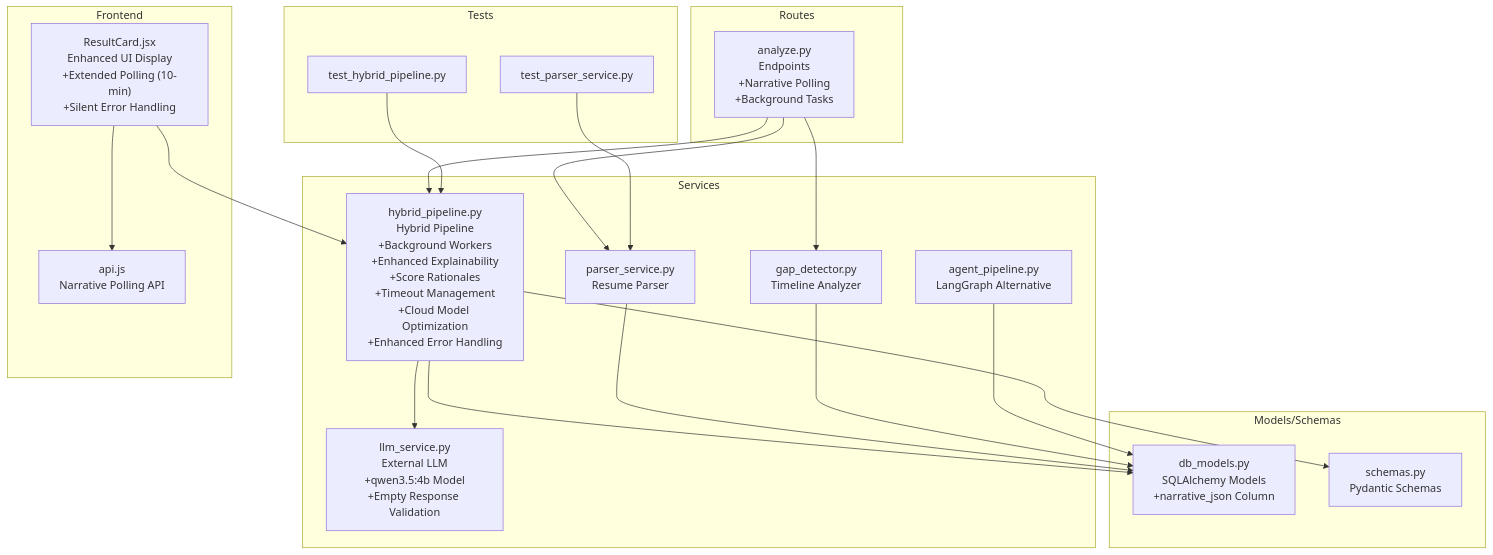
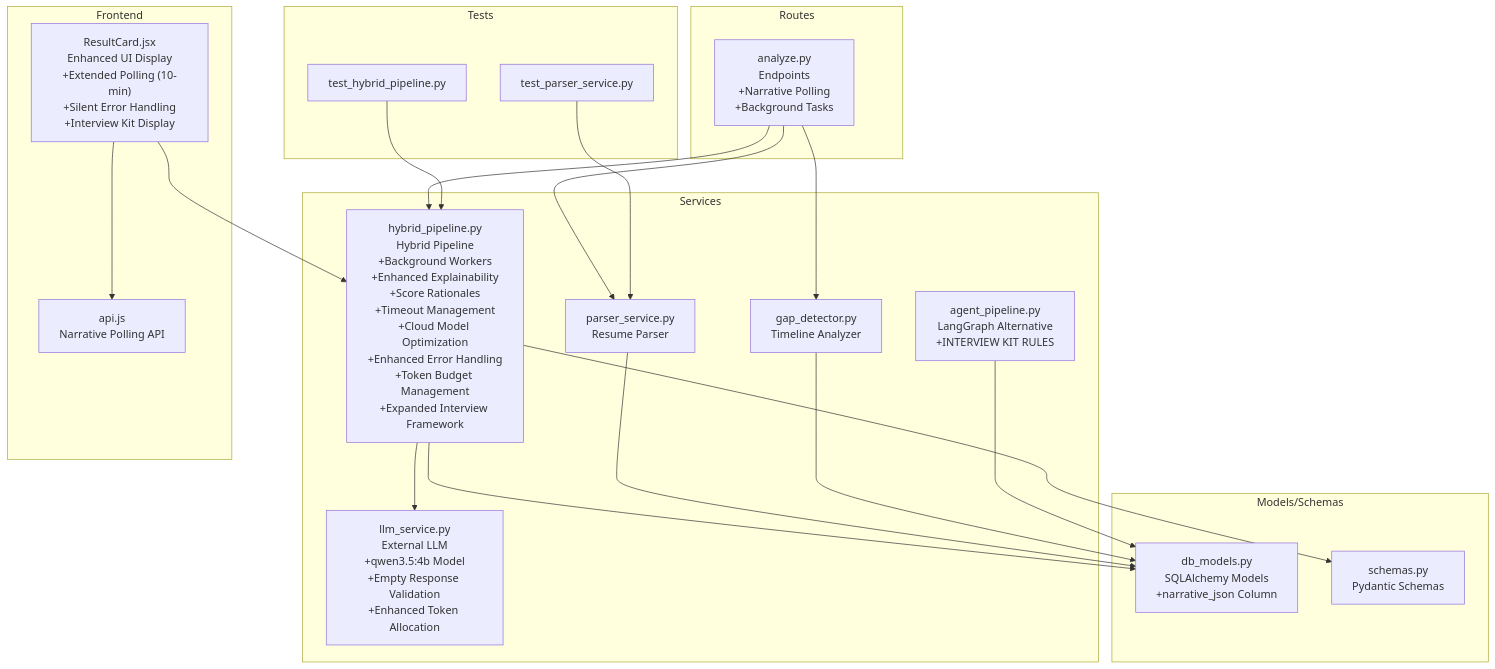
One commit to Revanththetalogics/aireume changed the first of 13 diagrams in .qoder/repowiki/en/content/Analysis Engine/Hybrid Pipeline Architecture.md. Above: the diagram before and after it, drawn with Mermaid. The commit also changed other lines of this file and 41 other files, not shown here.

````diff
--- a/.qoder/repowiki/en/content/Analysis Engine/Hybrid Pipeline Architecture.md
+++ b/.qoder/repowiki/en/content/Analysis Engine/Hybrid Pipeline Architecture.md
@@ -73,38 +86,38 @@
 ```mermaid
 graph TB
 subgraph "Routes"
 A["analyze.py<br/>Endpoints<br/>+Narrative Polling<br/>+Background Tasks"]
 end
 subgraph "Services"
-B["hybrid_pipeline.py<br/>Hybrid Pipeline<br/>+Background Workers<br/>+Enhanced Explainability<br/>+Score Rationales<br/>+Timeout Management<br/>+Cloud Model Optimization<br/>+Enhanced Error Handling"]
+B["hybrid_pipeline.py<br/>Hybrid Pipeline<br/>+Background Workers<br/>+Enhanced Explainability<br/>+Score Rationales<br/>+Timeout Management<br/>+Cloud Model Optimization<br/>+Enhanced Error Handling<br/>+Token Budget Management<br/>+Expanded Interview Framework"]
 C["parser_service.py<br/>Resume Parser"]
 D["gap_detector.py<br/>Timeline Analyzer"]
-E["llm_service.py<br/>External LLM<br/>+qwen3.5:4b Model<br/>+Empty Response Validation"]
-F["agent_pipeline.py<br/>LangGraph Alternative"]
+E["llm_service.py<br/>External LLM<br/>+qwen3.5:4b Model<br/>+Empty Response Validation<br/>+Enhanced Token Allocation"]
+F["agent_pipeline.py<br/>LangGraph Alternative<br/>+INTERVIEW KIT RULES"]
 end
 subgraph "Models/Schemas"
 G["db_models.py<br/>SQLAlchemy Models<br/>+narrative_json Column"]
 H["schemas.py<br/>Pydantic Schemas"]
 end
 subgraph "Tests"
 I["test_hybrid_pipeline.py"]
 J["test_parser_service.py"]
 end
 subgraph "Frontend"
-K["ResultCard.jsx<br/>Enhanced UI Display<br/>+Extended Polling (10-min)<br/>+Silent Error Handling"]
+K["ResultCard.jsx<br/>Enhanced UI Display<br/>+Extended Polling (10-min)<br/>+Silent Error Handling<br/>+Interview Kit Display"]
 L["api.js<br/>Narrative Polling API"]
 end
 A --> B
 A --> C
 A --> D
 B --> E
 B --> G
 B --> H
 C --> G
 D --> G
 F --> G
 I --> B
 J --> C
 K --> B
 K --> L
 ```
````
